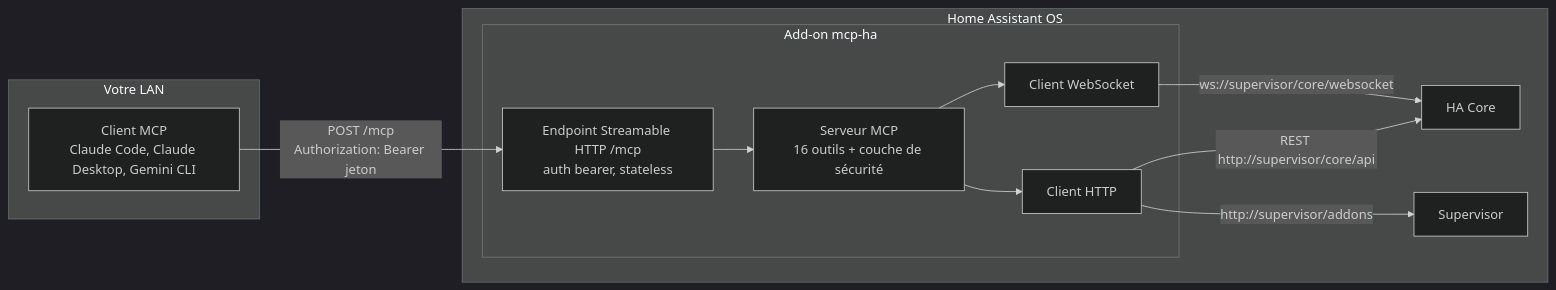
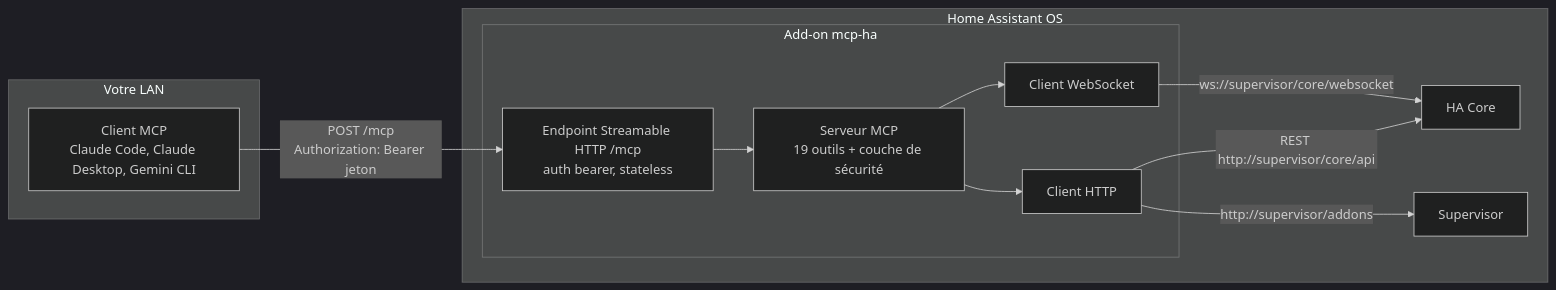
Before and after one commit to Devitek/mcp-ha: the first of 3 diagrams in docs/fr/reference/architecture.md, drawn with Mermaid (dark theme). The commit also changed 35 other files, not shown here.

````diff
--- a/docs/fr/reference/architecture.md
+++ b/docs/fr/reference/architecture.md
@@ -7,23 +7,23 @@
 ```mermaid
 flowchart LR
   subgraph lan["Votre LAN"]
     C["Client MCP<br/>Claude Code, Claude Desktop, Gemini CLI"]
   end
   subgraph haos["Home Assistant OS"]
     subgraph addon["Add-on mcp-ha"]
       T["Endpoint Streamable HTTP /mcp<br/>auth bearer, stateless"]
-      S["Serveur MCP<br/>16 outils + couche de sécurité"]
+      S["Serveur MCP<br/>19 outils + couche de sécurité"]
       W["Client WebSocket"]
       H["Client HTTP"]
       T --> S
       S --> W
       S --> H
     end
     CORE["HA Core"]
     SUP["Supervisor"]
     W -->|"ws://supervisor/core/websocket"| CORE
     H -->|"REST http://supervisor/core/api"| CORE
     H -->|"http://supervisor/addons"| SUP
   end
   C -->|"POST /mcp<br/>Authorization: Bearer jeton"| T
 ```
````
